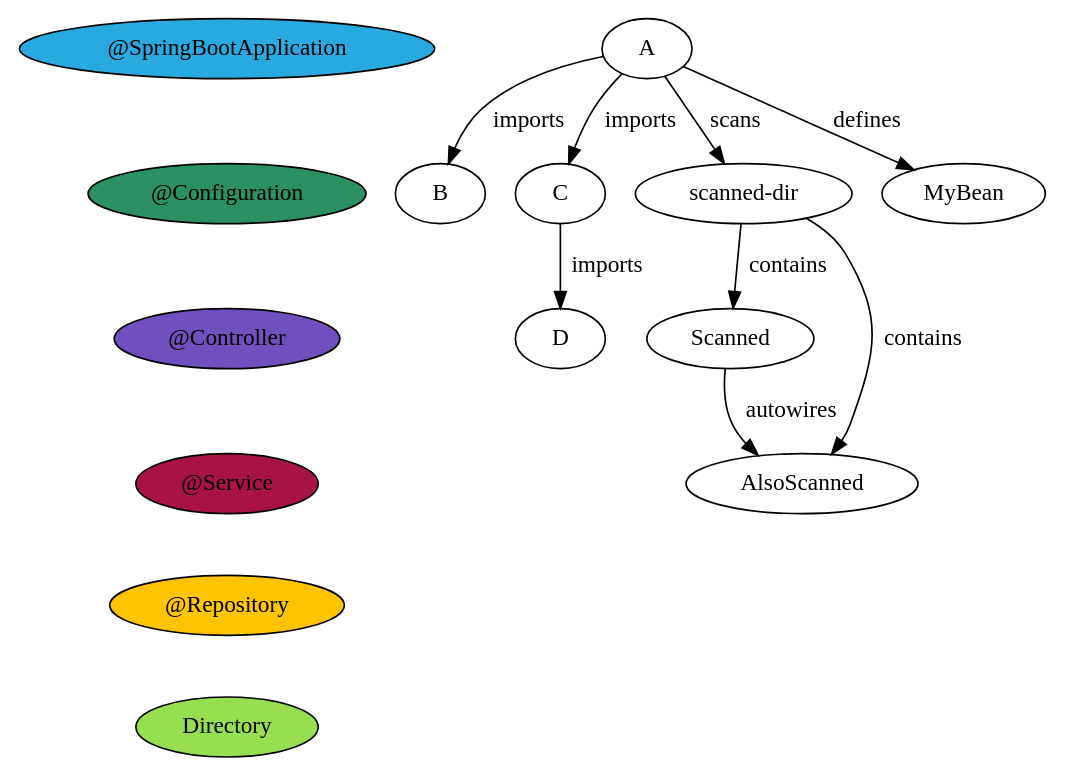
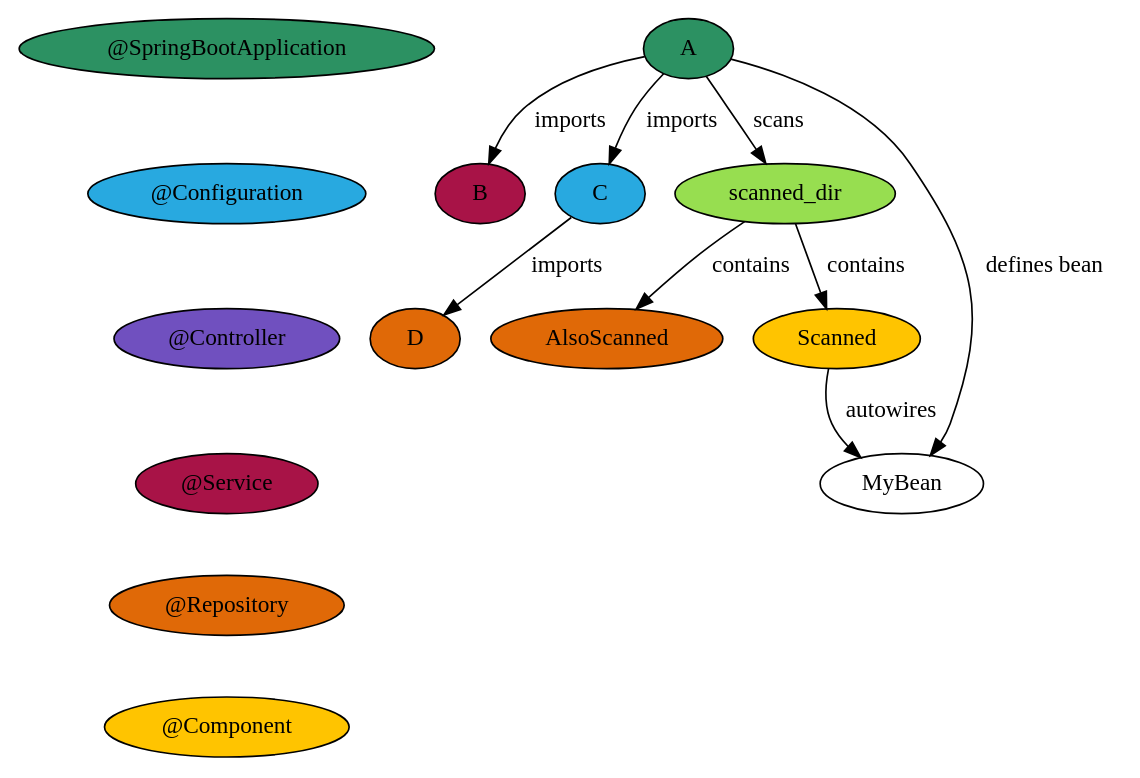
One commit to rudsvar/spring-visualizer changed the diagram in example.dot. Above: the diagram before and after it, drawn with Graphviz. The commit also changed 15 other files, not shown here.

```diff
--- a/example.dot
+++ b/example.dot
@@ -1,25 +1,32 @@
 digraph Components {
     # Legend
-    "@SpringBootApplication" [fillcolor="#28a9e0",style=filled];
-    "@Configuration" [fillcolor="#2c9162",style=filled];
+    "@SpringBootApplication" [fillcolor="#2c9162",style=filled];
+    "@Configuration" [fillcolor="#28a9e0",style=filled];
     "@Controller" [fillcolor="#7050bf",style=filled];
     "@Service" [fillcolor="#a81347",style=filled];
-    "@Repository" [fillcolor="#ffc400",style=filled];
-    "Directory" [fillcolor="#97de50",style=filled];
+    "@Repository" [fillcolor="#e06907",style=filled];
+    "@Component" [fillcolor="#ffc400",style=filled];
 
     # Align legend
     "@SpringBootApplication" -> "@Configuration" [style=invis];
     "@Configuration" -> "@Controller" [style=invis];
     "@Controller" -> "@Service" [style=invis];
     "@Service" -> "@Repository" [style=invis];
-    "@Repository" -> "Directory" [style=invis];
+    "@Repository" -> "@Component" [style=invis];
 
-    Scanned -> AlsoScanned [label=autowires]
-    "A" -> "B" [label="imports"];
-    "A" -> "C" [label="imports"];
-    "A" -> "scanned-dir" [label="scans"];
-    "scanned-dir" -> "AlsoScanned" [label="contains"];
-    "scanned-dir" -> "Scanned" [label="contains"];
-    A -> MyBean [label=defines]
-    "C" -> "D" [label="imports"];
+    B [fillcolor="#a81347"style=filled];
+    D [fillcolor="#e06907"style=filled];
+    A [fillcolor="#2c9162"style=filled];
+    A -> B [label=imports];
+    A -> C [label=imports];
+    scanned_dir [fillcolor="#97de50",style=filled];
+    A -> scanned_dir [label=scans];
+    scanned_dir -> AlsoScanned [label=contains];
+    scanned_dir -> Scanned [label=contains];
+    A -> MyBean [label="defines bean"];
+    AlsoScanned [fillcolor="#e06907"style=filled];
+    Scanned [fillcolor="#ffc400"style=filled];
+    Scanned -> MyBean [label=autowires];
+    C [fillcolor="#28a9e0"style=filled];
+    C -> D [label=imports];
 }
```
